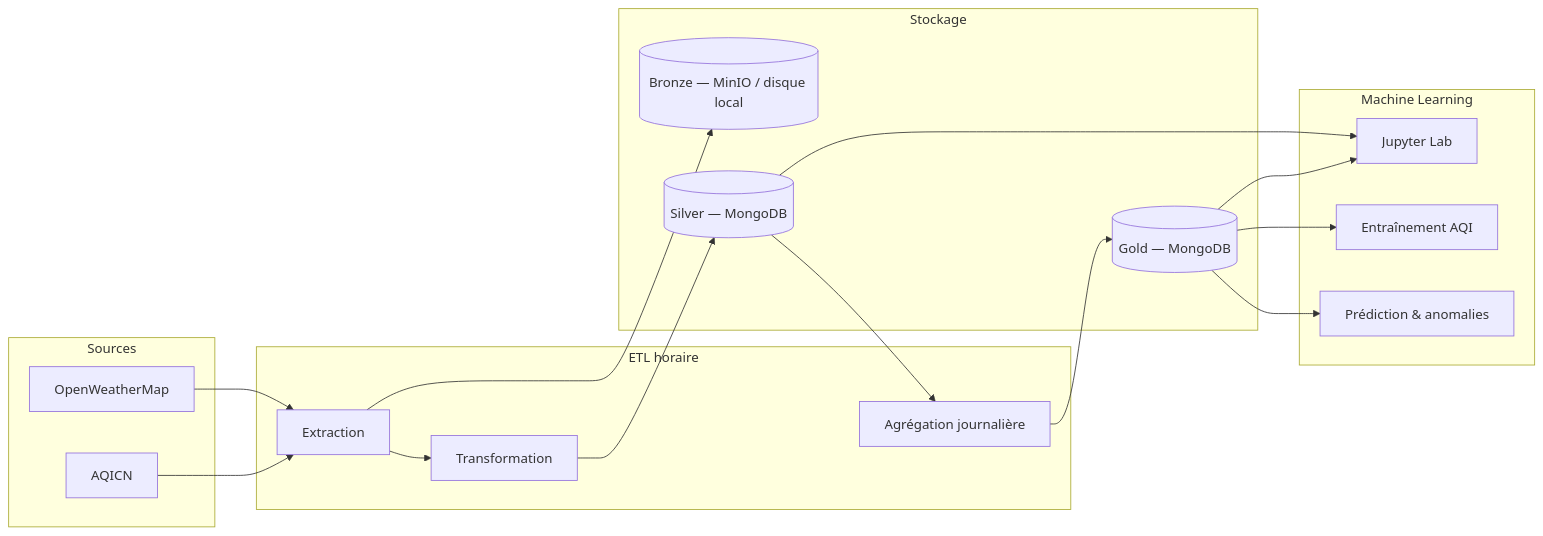
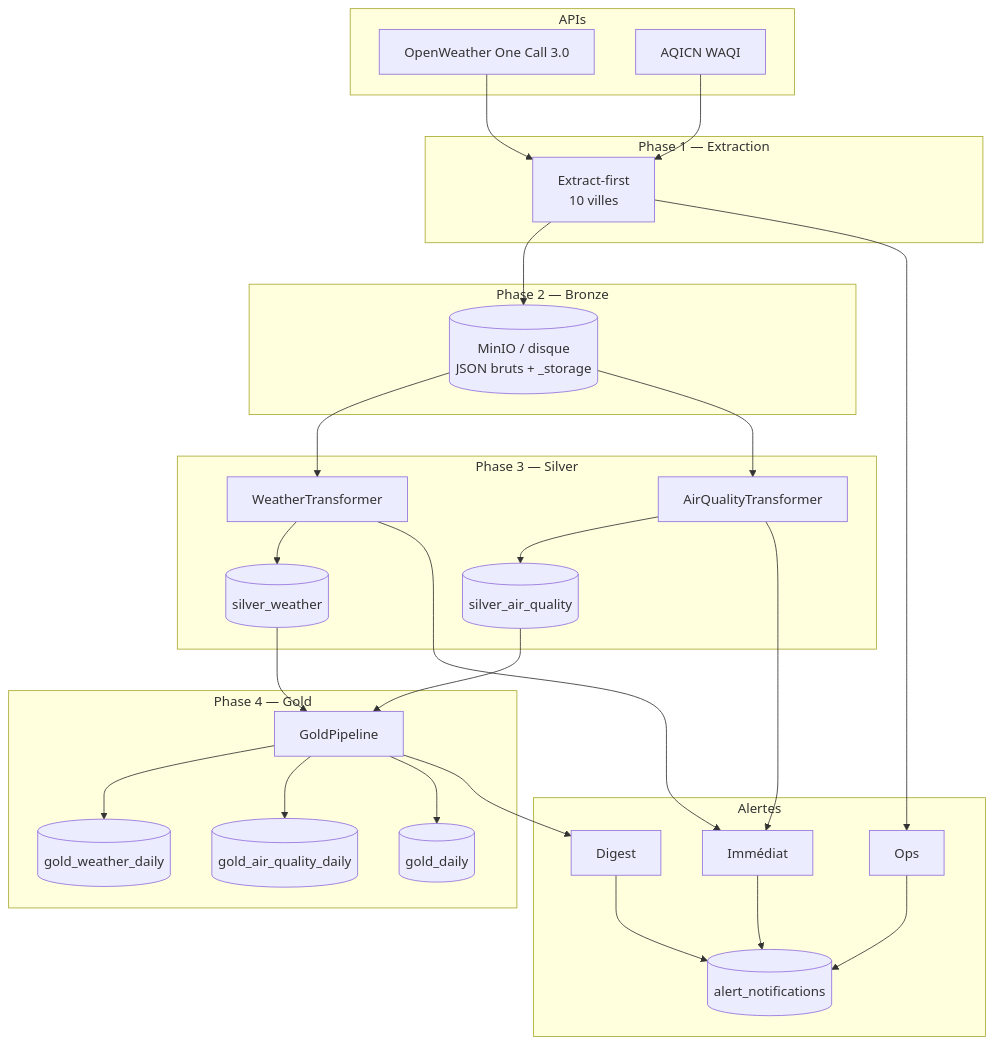
The diagram in README.md (GouaidiaSeif/weather_etl_data), drawn with Mermaid before and after one commit. The commit also changed other lines of this file and 16 other files, not shown here.

````diff
--- a/README.md
+++ b/README.md
@@ -7,35 +31,54 @@
 ```mermaid
-flowchart LR
-  subgraph sources [Sources]
-    OW[OpenWeatherMap]
-    AQ[AQICN]
+flowchart TB
+  subgraph api [APIs]
+    OW[OpenWeather One Call 3.0]
+    AQ[AQICN WAQI]
   end
 
-  subgraph etl [ETL horaire]
-    EX[Extraction]
-    TR[Transformation]
-    AG[Agrégation journalière]
+  subgraph p1 [Phase 1 — Extraction]
+    EX[Extract-first<br/>10 villes]
   end
 
-  subgraph stockage [Stockage]
-    BR[(Bronze — MinIO / disque local)]
-    SI[(Silver — MongoDB)]
-    GO[(Gold — MongoDB)]
+  subgraph p2 [Phase 2 — Bronze]
+    BR[(MinIO / disque<br/>JSON bruts + _storage)]
   end
 
-  subgraph ml [Machine Learning]
-    NB[Jupyter Lab]
-    TRN[Entraînement AQI]
-    PRD[Prédiction & anomalies]
+  subgraph p3 [Phase 3 — Silver]
+    W[WeatherTransformer]
+    A[AirQualityTransformer]
+    SW[(silver_weather)]
+    SA[(silver_air_quality)]
+  end
+
+  subgraph p4 [Phase 4 — Gold]
+    G[GoldPipeline]
+    GW[(gold_weather_daily)]
+    GA[(gold_air_quality_daily)]
+    GC[(gold_daily)]
+  end
+
+  subgraph al [Alertes]
+    I[Immédiat]
+    D[Digest]
+    O[Ops]
+    AN[(alert_notifications)]
   end
 
   OW --> EX
   AQ --> EX
   EX --> BR
-  EX --> TR --> SI
-  SI --> AG --> GO
-  GO --> TRN
-  GO --> PRD
-  SI --> NB
-  GO --> NB
+  BR --> W --> SW
+  BR --> A --> SA
+  SW --> G
+  SA --> G
+  G --> GW
+  G --> GA
+  G --> GC
+  W --> I
+  A --> I
+  G --> D
+  EX --> O
+  I --> AN
+  D --> AN
+  O --> AN
 ```
````
